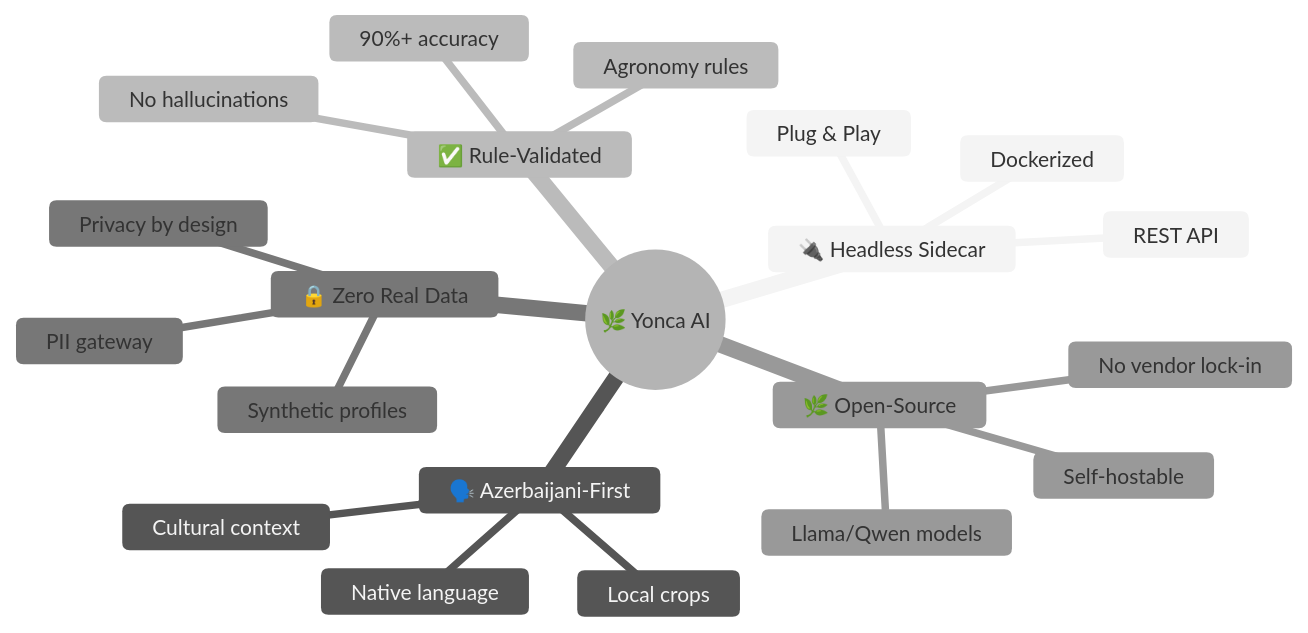
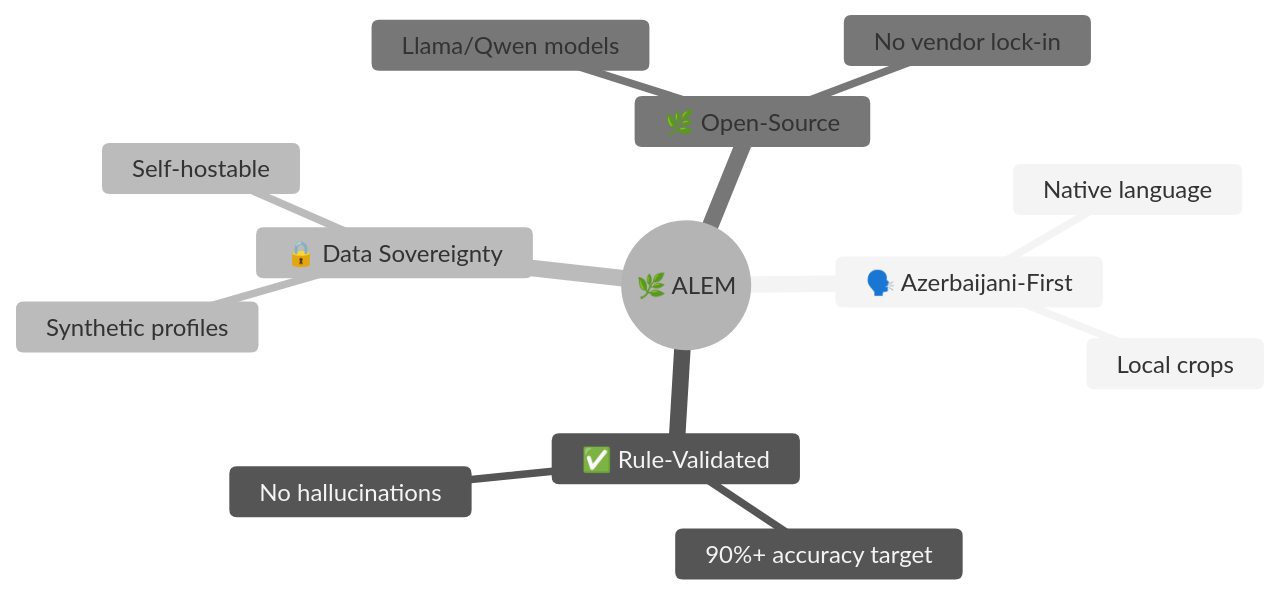
Before and after one commit to Px8Studio/yonja: the first of 2 diagrams in docs/zekalab/README.md, drawn with Mermaid. The commit also changed other lines of this file and 21 other files, not shown here.

Commit message:
Refactor documentation: Remove outdated welcome UI analysis and update README for ALEM project overview and architecture details

````diff
--- a/docs/zekalab/README.md
+++ b/docs/zekalab/README.md
@@ -11,25 +10,17 @@
 ```mermaid
-%%{init: {'theme': 'neutral', 'themeVariables': { 'fontSize': '14px' }}}%%
+%%{init: {'theme': 'neutral'}}%%
 mindmap
-  root((🌿 Yonca AI))
-    🔌 Headless Sidecar
-      REST API
-      Dockerized
-      Plug & Play
+  root((🌿 ALEM))
     🗣️ Azerbaijani-First
       Native language
-      Cultural context
       Local crops
     ✅ Rule-Validated
-      90%+ accuracy
-      Agronomy rules
+      90%+ accuracy target
       No hallucinations
-    🔒 Zero Real Data
+    🔒 Data Sovereignty
       Synthetic profiles
-      PII gateway
-      Privacy by design
+      Self-hostable
     🌿 Open-Source
       Llama/Qwen models
-      Self-hostable
       No vendor lock-in
 ```
````
